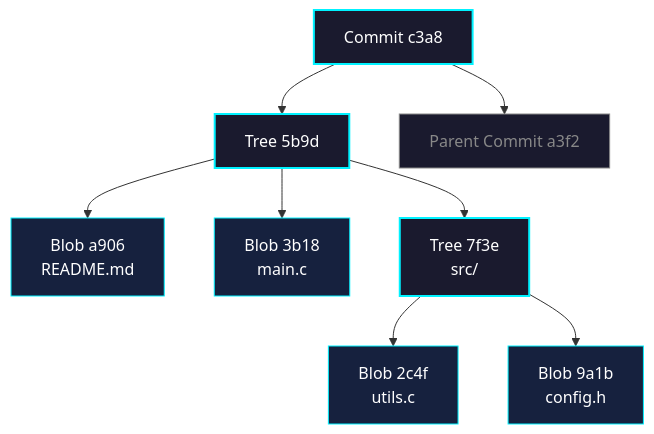
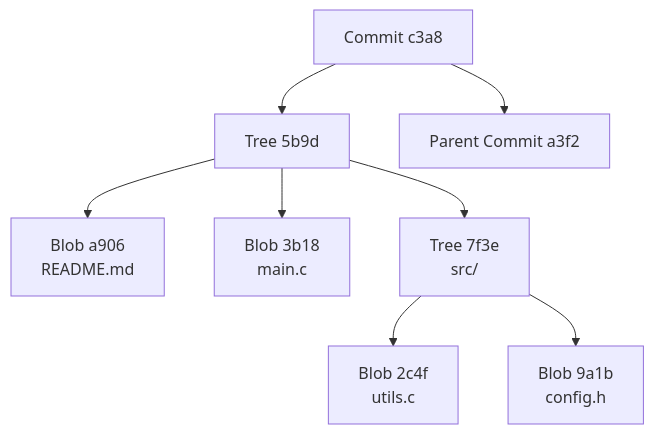
The sixth of 23 diagrams in _posts/2026-03-02-git完全指南.md (The-time-forever/The-time-forever.github.io), drawn with Mermaid before and after one commit. The commit also changed other lines of this file, not shown here.

Commit message:
移除 Git 完全指南中 mermaid 图表的样式设置，简化代码

````diff
--- a/_posts/2026-03-02-git完全指南.md
+++ b/_posts/2026-03-02-git完全指南.md
@@ -89,19 +79,10 @@
 ```mermaid
 graph TD
     Commit[Commit c3a8] --> Tree[Tree 5b9d]
     Commit --> Parent[Parent Commit a3f2]
     Tree --> Blob1[Blob a906<br/>README.md]
     Tree --> Blob2[Blob 3b18<br/>main.c]
     Tree --> SubTree[Tree 7f3e<br/>src/]
     SubTree --> Blob3[Blob 2c4f<br/>utils.c]
     SubTree --> Blob4[Blob 9a1b<br/>config.h]
-
-    style Commit fill:#1a1a2e,stroke:#00f2ff,stroke-width:2px,color:#fff
-    style Tree fill:#1a1a2e,stroke:#00f2ff,stroke-width:2px,color:#fff
-    style SubTree fill:#1a1a2e,stroke:#00f2ff,stroke-width:2px,color:#fff
-    style Blob1 fill:#16213e,stroke:#00f2ff,stroke-width:1px,color:#fff
-    style Blob2 fill:#16213e,stroke:#00f2ff,stroke-width:1px,color:#fff
-    style Blob3 fill:#16213e,stroke:#00f2ff,stroke-width:1px,color:#fff
-    style Blob4 fill:#16213e,stroke:#00f2ff,stroke-width:1px,color:#fff
-    style Parent fill:#1a1a2e,stroke:#888,stroke-width:1px,color:#888
 ```
````
